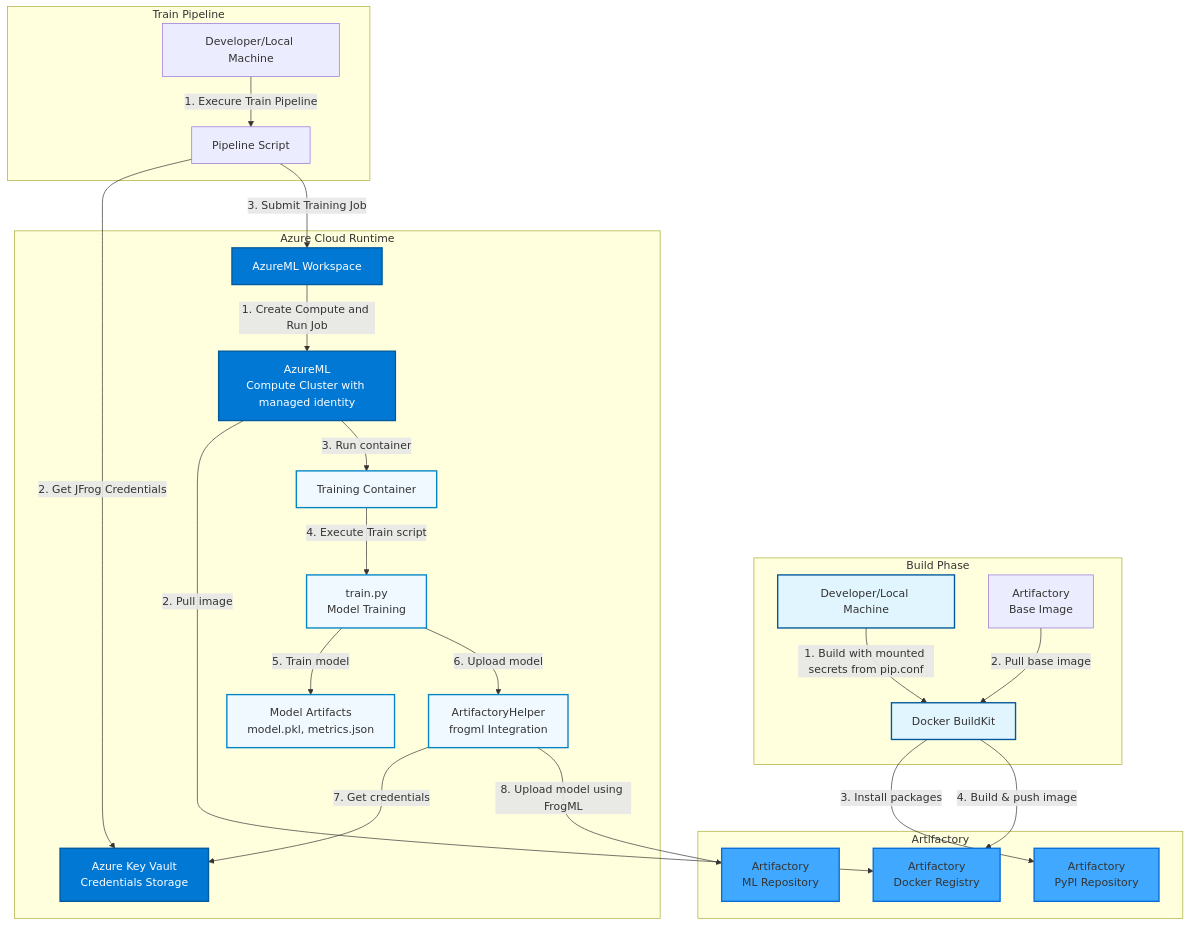
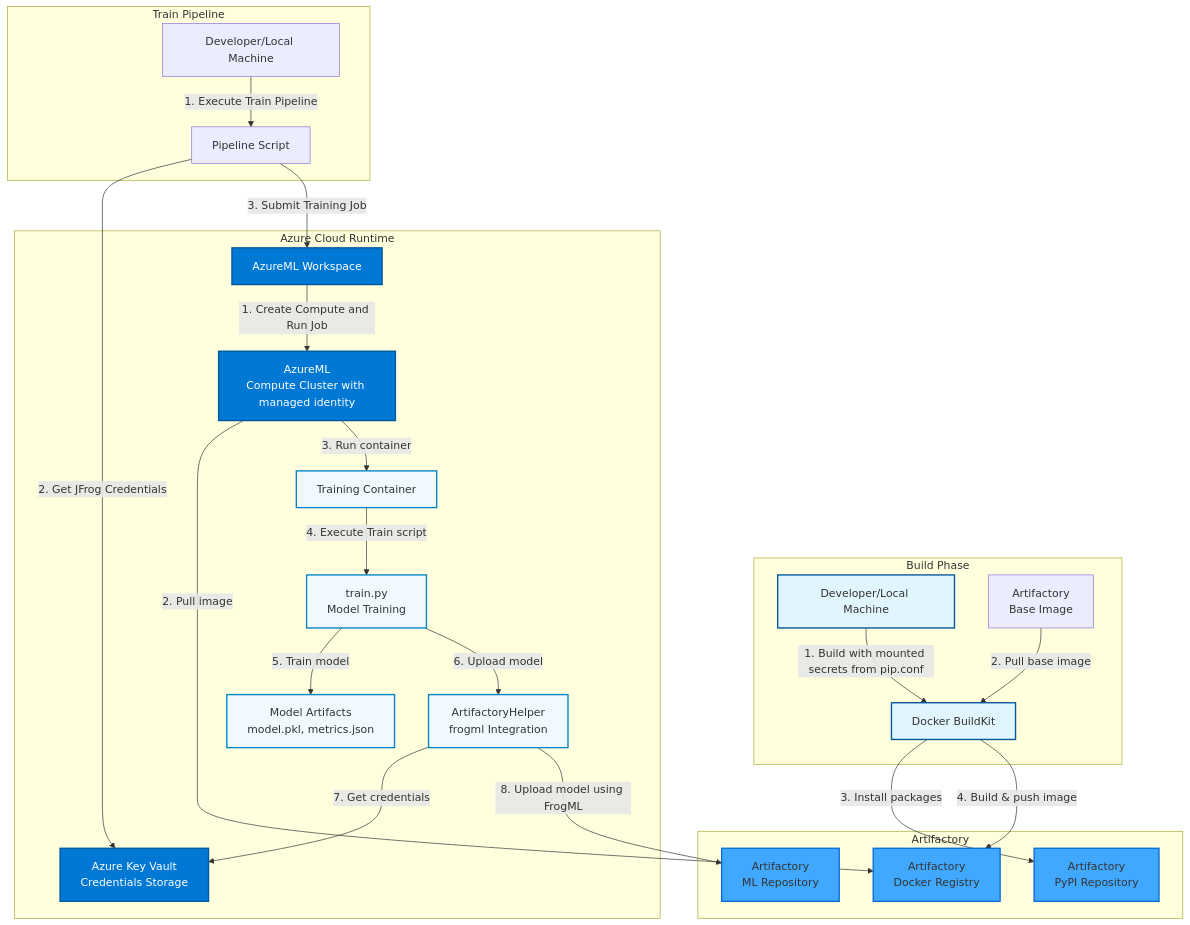
One commit to jfrog/JFrog-AzureML-integration changed the first of 4 diagrams in README.md. Above: the diagram before and after it, drawn with Mermaid. The commit also changed other lines of this file and 31 other files, not shown here.

````diff
--- a/README.md
+++ b/README.md
@@ -15,62 +16,62 @@
 ```mermaid
 graph TB
     subgraph "Build Phase"
         Dev[Developer/Local Machine]
         Docker[Docker BuildKit]
         BaseImage[Artifactory<br/>Base Image]
     end
 
     subgraph "Train Pipeline"
         TrainDev[Developer/Local Machine]
         PipelineScript[Pipeline Script]        
     end
 
     subgraph "Azure Cloud Runtime"
         KV[Azure Key Vault<br/>Credentials Storage]
         AML[AzureML Workspace]
         Compute[AzureML<br/>Compute Cluster with managed identity]
         Container[Training Container]
         TrainScript[train.py<br/>Model Training]
         ArtifactoryHelper[ArtifactoryHelper<br/>frogml Integration]
         Model[Model Artifacts<br/>model.pkl, metrics.json]
     end
 
     subgraph "Artifactory"
         ArtifactoryPyPI2[Artifactory<br/>PyPI Repository]
         ArtifactoryDocker2[Artifactory<br/>Docker Registry]
         ArtifactoryML[Artifactory<br/>ML Repository]
     end
 
     %% Build Phase Flow
     Dev -->|1. Build with mounted secrets from pip.conf| Docker
     BaseImage -->|2. Pull base image| Docker
     Docker -->|3. Install packages| ArtifactoryPyPI2
     Docker -->|4. Build & push image| ArtifactoryDocker2
 
     %% Train Phase Flow
-    TrainDev -->|1. Execure Train Pipeline| PipelineScript
+    TrainDev -->|1. Execute Train Pipeline| PipelineScript
     PipelineScript -->|2. Get JFrog Credentials| KV
     PipelineScript -->|3. Submit Training Job| AML
 
     %% Runtime Phase Flow
     AML -->|1. Create Compute and Run Job| Compute    
     Compute -->|2. Pull image| ArtifactoryDocker2
     Compute -->|3. Run container| Container
     Container -->|4. Execute Train script| TrainScript
     TrainScript -->|5. Train model| Model
     TrainScript -->|6. Upload model| ArtifactoryHelper
     ArtifactoryHelper -->|7. Get credentials| KV
     ArtifactoryHelper -->|8. Upload model using FrogML| ArtifactoryML    
     
 
     %% Styling
     classDef buildPhase fill:#e1f5ff,stroke:#01579b,stroke-width:2px
     classDef azure fill:#0078d4,stroke:#005a9e,stroke-width:2px,color:#fff
     classDef artifactory fill:#40a9ff,stroke:#096dd9,stroke-width:2px
     classDef runtime fill:#f0f9ff,stroke:#0284c7,stroke-width:2px
 
     class Dev,Docker,PipConf buildPhase
     class KV,AML,Compute,MI azure
     class ArtifactoryPyPI,ArtifactoryDocker,ArtifactoryPyPI2,ArtifactoryDocker2,ArtifactoryML artifactory
     class Container,TrainScript,ArtifactoryHelper,Model runtime
 ```
````
